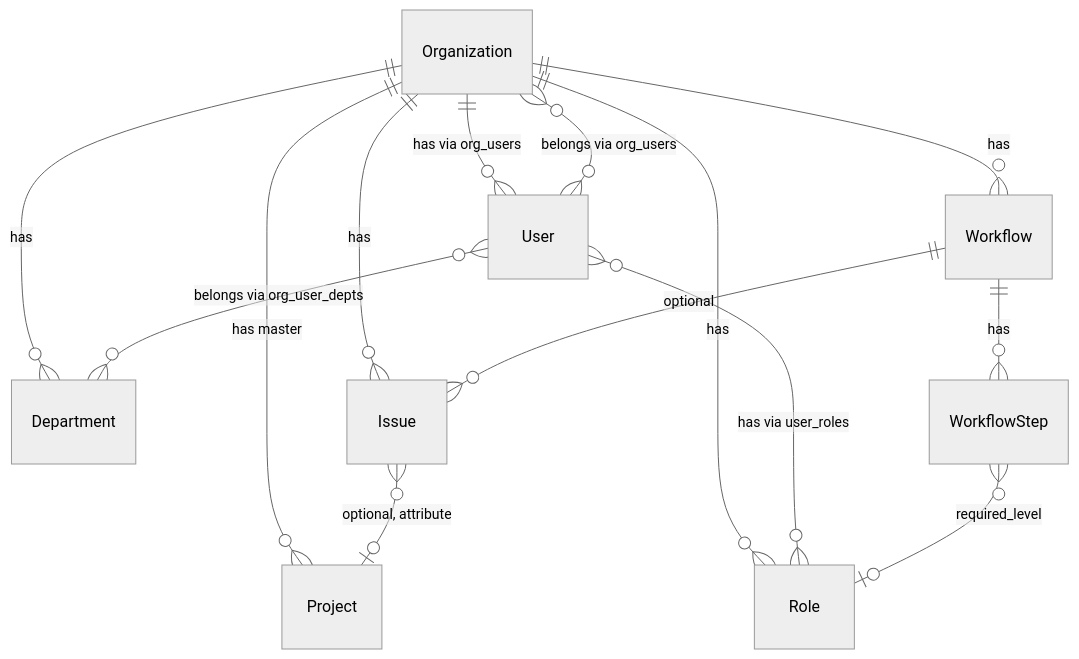
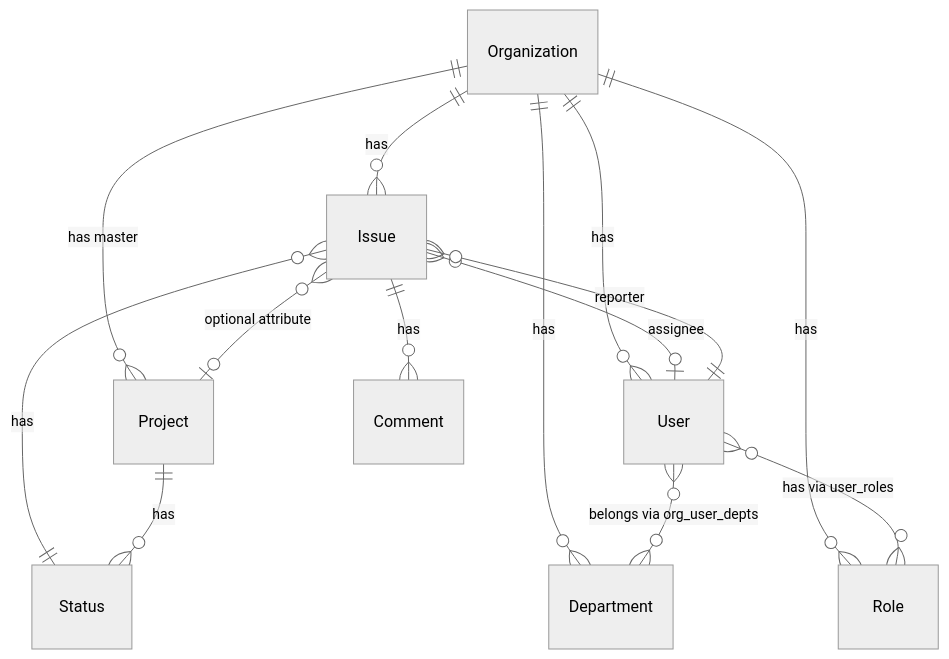
One commit to uraguchihiroki/project_management_tool changed the diagram in .sdd/domain-model.md. Above: the diagram before and after it, drawn with Mermaid (neutral theme). The commit also changed other lines of this file and 23 other files, not shown here.

````diff
--- a/.sdd/domain-model.md
+++ b/.sdd/domain-model.md
@@ -224,18 +103,18 @@
 ```mermaid
 erDiagram
     Organization ||--o{ Project : "has master"
-    Organization ||--o{ User : "has via org_users"
+    Organization ||--o{ User : has
     Organization ||--o{ Department : has
-    Organization ||--o{ Workflow : has
     Organization ||--o{ Role : has
     Organization ||--o{ Issue : has
 
-    Issue }o--o| Project : "optional, attribute"
-    Workflow ||--o{ Issue : "optional"
+    Issue }o--o| Project : "optional attribute"
+    Issue }o--|| Status : has
+    Issue }o--o| User : assignee
+    Issue }o--|| User : reporter
+    Issue ||--o{ Comment : has
 
-    User }o--o{ Organization : "belongs via org_users"
+    Project ||--o{ Status : has
     User }o--o{ Department : "belongs via org_user_depts"
     User }o--o{ Role : "has via user_roles"
-    Workflow ||--o{ WorkflowStep : has
-    WorkflowStep }o--o| Role : "required_level"
 ```
````
